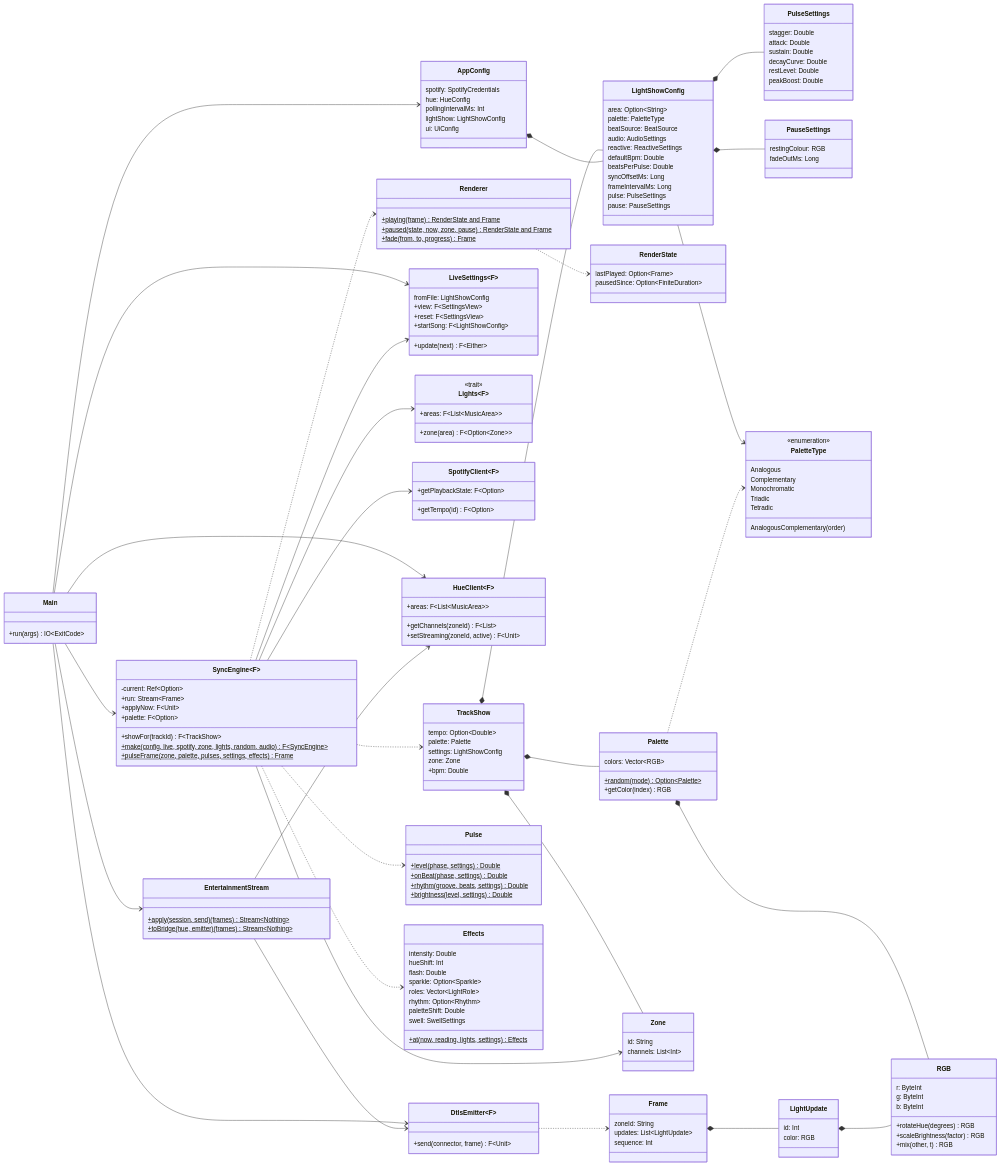
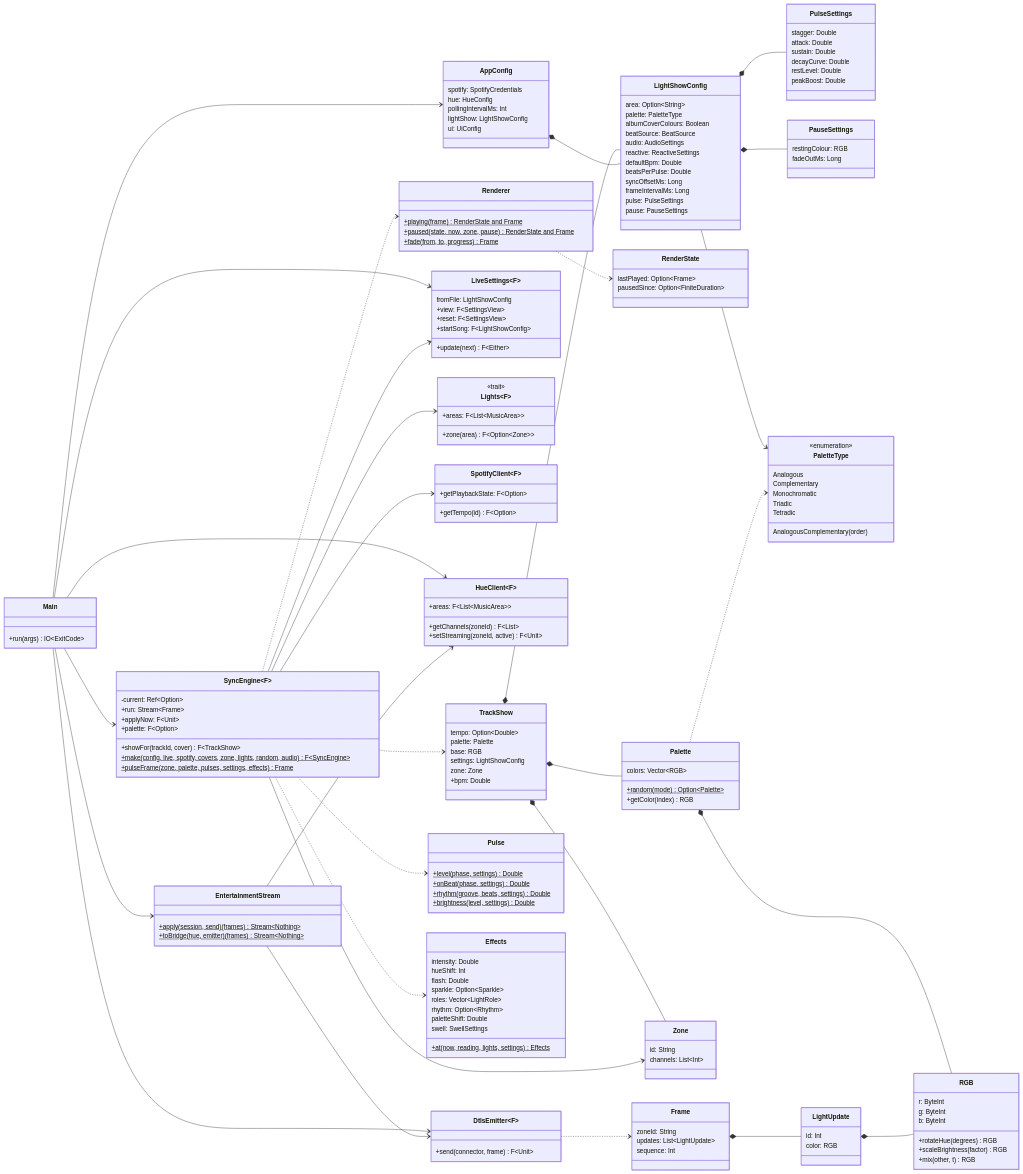
The second of 3 diagrams in docs/architecture.md (LorenzoPrinsloo/spotify-hue-sync), drawn with Mermaid before and after one commit. The commit also changed other lines of this file and 3 other files, not shown here.

Commit message:
Document album cover base colour in architecture and how-it-works docs

```diff
--- a/docs/architecture.md
+++ b/docs/architecture.md
@@ -92,6 +99,7 @@
     class LightShowConfig {
         area: Option~String~
         palette: PaletteType
+        albumCoverColours: Boolean
         beatSource: BeatSource
         audio: AudioSettings
         reactive: ReactiveSettings
@@ -118,15 +126,16 @@
     class SyncEngine~F~ {
         -current: Ref~Option~
         +run: Stream~Frame~
-        +showFor(trackId) F~TrackShow~
+        +showFor(trackId, cover) F~TrackShow~
         +applyNow: F~Unit~
         +palette: F~Option~
-        +make(config, live, spotify, zone, lights, random, audio)$ F~SyncEngine~
+        +make(config, live, spotify, covers, zone, lights, random, audio)$ F~SyncEngine~
         +pulseFrame(zone, palette, pulses, settings, effects)$ Frame
     }
     class TrackShow {
         tempo: Option~Double~
         palette: Palette
+        base: RGB
         settings: LightShowConfig
         zone: Zone
         +bpm: Double
```
